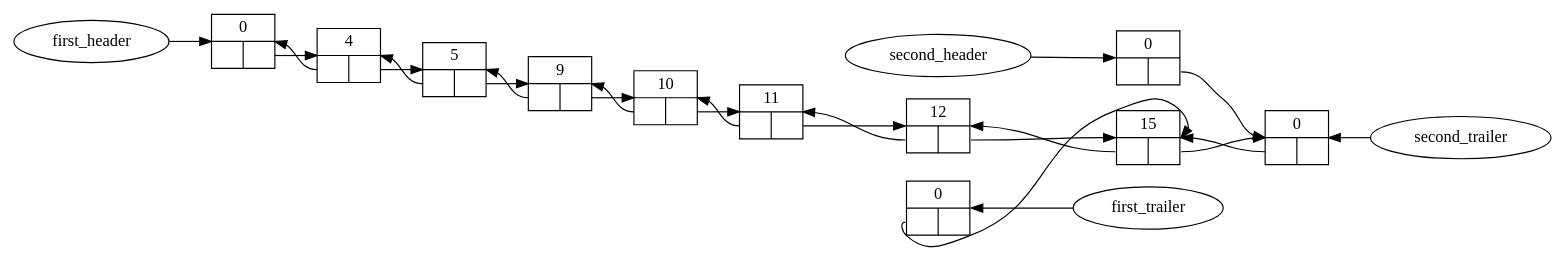
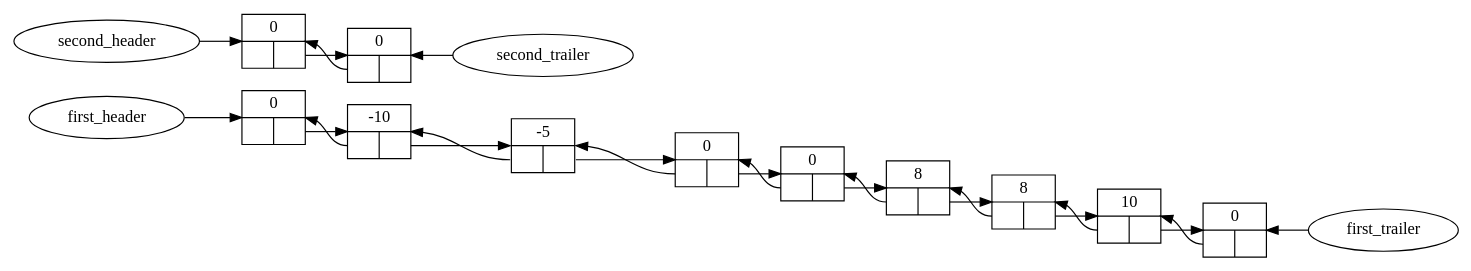
Before and after one commit to areinisc/prog04: the diagram in merge.dot, drawn with Graphviz. The commit also changed 3 other files, not shown here.

```diff
--- a/merge.dot
+++ b/merge.dot
@@ -1,40 +1,40 @@
 digraph {
 rankdir=LR;
 first_header [shape=ellipse];
 first_trailer [shape=ellipse];
 second_header [shape=ellipse];
 second_trailer [shape=ellipse];
-node4399827504 [shape=record, label="0 | { <prev> | <next> }"];
-node4399827536 [shape=record, label="0 | { <prev> | <next> }"];
-node4399827568 [shape=record, label="5 | { <prev> | <next> }"];
-node4399827600 [shape=record, label="9 | { <prev> | <next> }"];
-node4399827632 [shape=record, label="12 | { <prev> | <next> }"];
-node4399827696 [shape=record, label="0 | { <prev> | <next> }"];
-node4399827728 [shape=record, label="0 | { <prev> | <next> }"];
-node4399827760 [shape=record, label="4 | { <prev> | <next> }"];
-node4399827792 [shape=record, label="10 | { <prev> | <next> }"];
-node4399827824 [shape=record, label="11 | { <prev> | <next> }"];
-node4399827856 [shape=record, label="15 | { <prev> | <next> }"];
-first_header -> node4399827504:w;
-node4399827536:e -> first_trailer [dir=back];
-second_header -> node4399827696:w;
-node4399827728:e -> second_trailer [dir=back];
-node4399827504:next:e -> node4399827760:w;
-node4399827536:prev:w -> node4399827856:e [weight=0];
-node4399827568:next:e -> node4399827600:w;
-node4399827568:prev:w -> node4399827760:e [weight=0];
-node4399827600:next:e -> node4399827792:w;
-node4399827600:prev:w -> node4399827568:e [weight=0];
-node4399827632:next:e -> node4399827856:w;
-node4399827632:prev:w -> node4399827824:e [weight=0];
-node4399827696:next:e -> node4399827728:w;
-node4399827728:prev:w -> node4399827856:e [weight=0];
-node4399827760:next:e -> node4399827568:w;
-node4399827760:prev:w -> node4399827504:e [weight=0];
-node4399827792:next:e -> node4399827824:w;
-node4399827792:prev:w -> node4399827600:e [weight=0];
-node4399827824:next:e -> node4399827632:w;
-node4399827824:prev:w -> node4399827792:e [weight=0];
-node4399827856:next:e -> node4399827728:w;
-node4399827856:prev:w -> node4399827632:e [weight=0];
+node4423944720 [shape=record, label="0 | { <prev> | <next> }"];
+node4423944752 [shape=record, label="-5 | { <prev> | <next> }"];
+node4423944784 [shape=record, label="8 | { <prev> | <next> }"];
+node4423944816 [shape=record, label="10 | { <prev> | <next> }"];
+node4423945328 [shape=record, label="0 | { <prev> | <next> }"];
+node4423945360 [shape=record, label="0 | { <prev> | <next> }"];
+node4423945392 [shape=record, label="-10 | { <prev> | <next> }"];
+node4423945424 [shape=record, label="0 | { <prev> | <next> }"];
+node4423945488 [shape=record, label="0 | { <prev> | <next> }"];
+node4423945520 [shape=record, label="8 | { <prev> | <next> }"];
+node4423945584 [shape=record, label="0 | { <prev> | <next> }"];
+first_header -> node4423945328:w;
+node4423945360:e -> first_trailer [dir=back];
+second_header -> node4423945584:w;
+node4423944720:e -> second_trailer [dir=back];
+node4423944720:prev:w -> node4423945584:e [weight=0];
+node4423944752:next:e -> node4423945424:w;
+node4423944752:prev:w -> node4423945392:e [weight=0];
+node4423944784:next:e -> node4423945520:w;
+node4423944784:prev:w -> node4423945488:e [weight=0];
+node4423944816:next:e -> node4423945360:w;
+node4423944816:prev:w -> node4423945520:e [weight=0];
+node4423945328:next:e -> node4423945392:w;
+node4423945360:prev:w -> node4423944816:e [weight=0];
+node4423945392:next:e -> node4423944752:w;
+node4423945392:prev:w -> node4423945328:e [weight=0];
+node4423945424:next:e -> node4423945488:w;
+node4423945424:prev:w -> node4423944752:e [weight=0];
+node4423945488:next:e -> node4423944784:w;
+node4423945488:prev:w -> node4423945424:e [weight=0];
+node4423945520:next:e -> node4423944816:w;
+node4423945520:prev:w -> node4423944784:e [weight=0];
+node4423945584:next:e -> node4423944720:w;
 }
```
